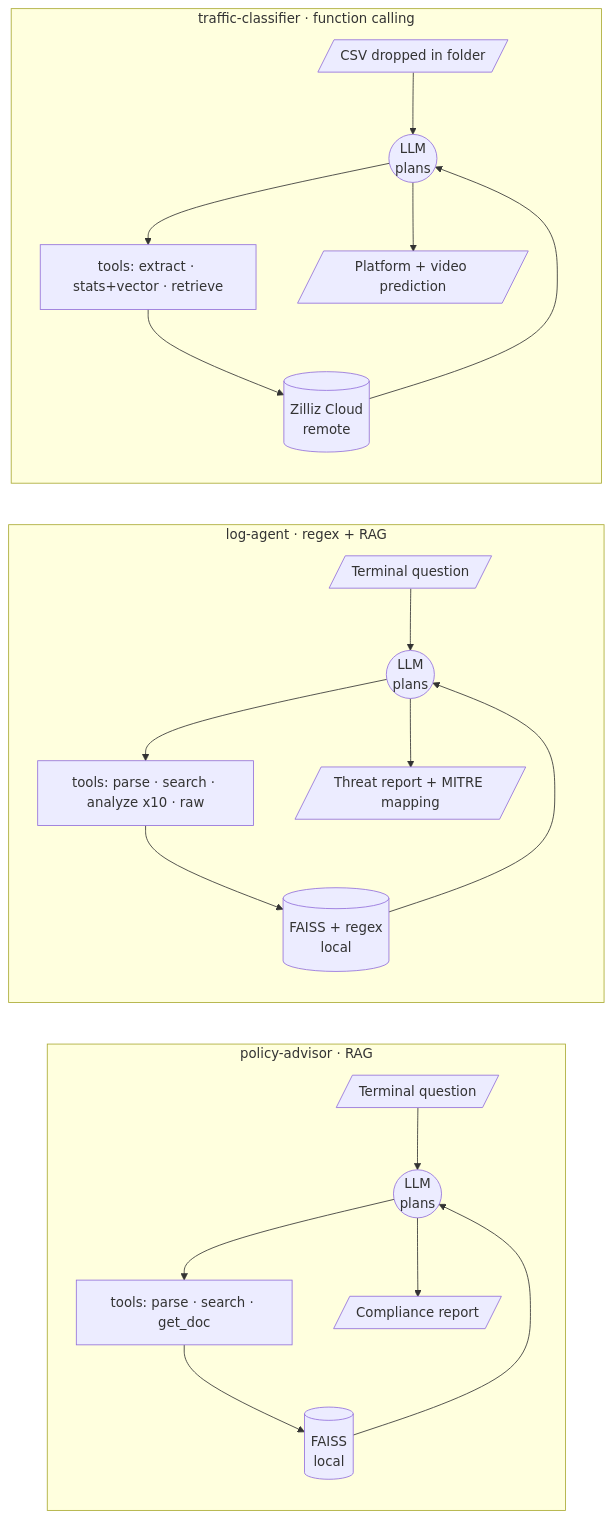
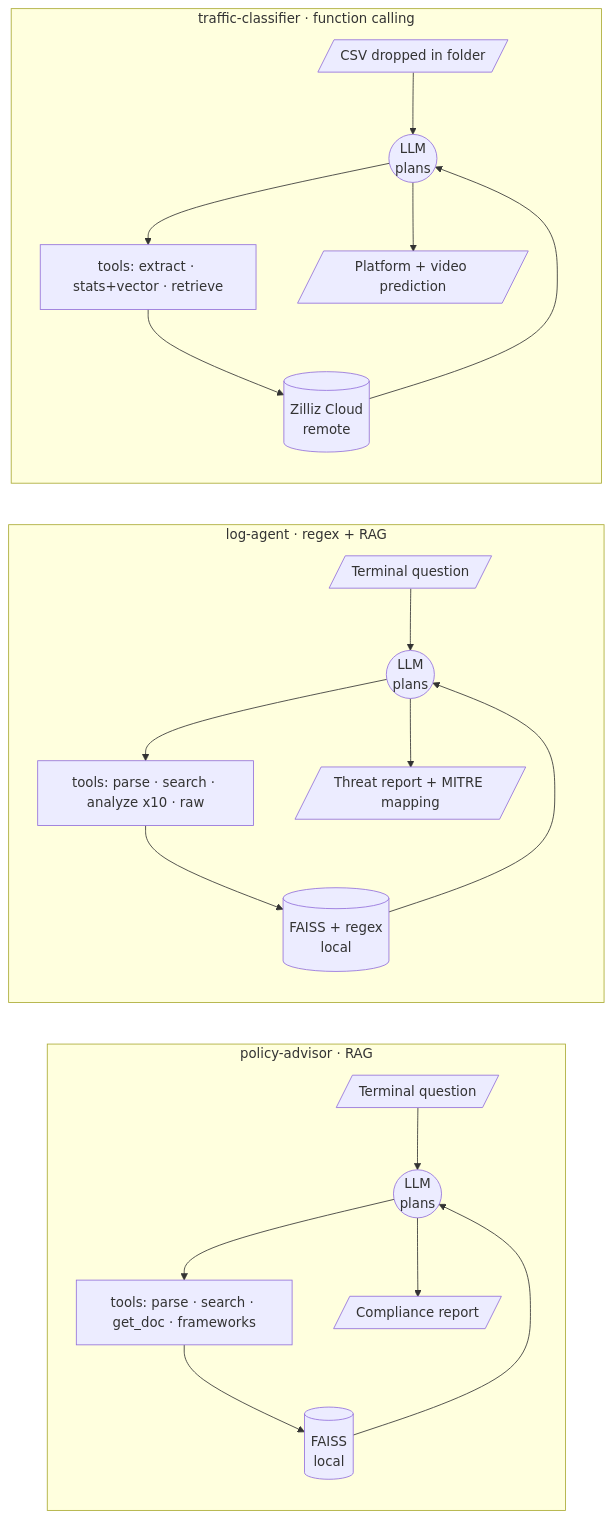
One commit to TIAN-TOM/ai-agent-patterns changed the diagram in README.md. Above: the diagram before and after it, drawn with Mermaid. The commit also changed other lines of this file, not shown here.

First line of the commit message:
docs: document pluggable compliance frameworks and APP support

````diff
--- a/README.md
+++ b/README.md
@@ -50,27 +50,27 @@
 ```mermaid
 flowchart LR
     subgraph PA["policy-advisor · RAG"]
         direction TB
         A1[/"Terminal question"/] --> A2(("LLM<br/>plans"))
-        A2 --> A3["tools: parse · search · get_doc"]
+        A2 --> A3["tools: parse · search · get_doc · frameworks"]
         A3 --> A4[("FAISS<br/>local")]
         A4 --> A2
         A2 --> A5[/"Compliance report"/]
     end
     subgraph LA["log-agent · regex + RAG"]
         direction TB
         B1[/"Terminal question"/] --> B2(("LLM<br/>plans"))
         B2 --> B3["tools: parse · search · analyze x10 · raw"]
         B3 --> B4[("FAISS + regex<br/>local")]
         B4 --> B2
         B2 --> B5[/"Threat report + MITRE mapping"/]
     end
     subgraph TC["traffic-classifier · function calling"]
         direction TB
         C1[/"CSV dropped in folder"/] --> C2(("LLM<br/>plans"))
         C2 --> C3["tools: extract · stats+vector · retrieve"]
         C3 --> C4[("Zilliz Cloud<br/>remote")]
         C4 --> C2
         C2 --> C5[/"Platform + video prediction"/]
     end
 ```
````
